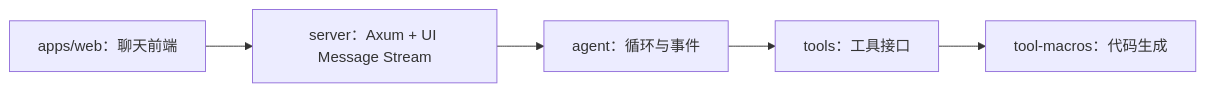
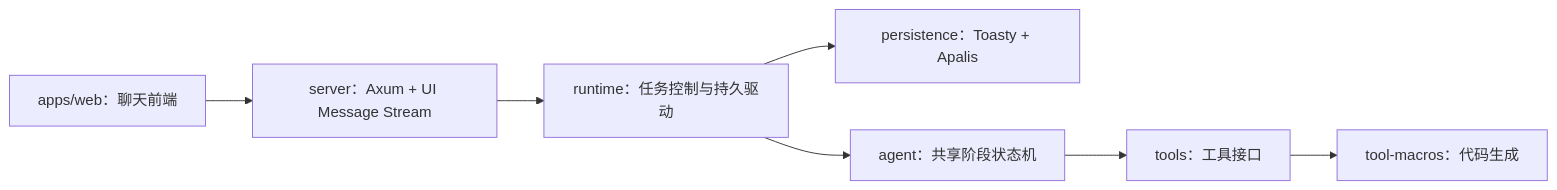
The diagram in README.md (yexiyue/comfy-agent), drawn with Mermaid before and after one commit. The commit also changed other lines of this file and 76 other files, not shown here.

````diff
--- a/README.md
+++ b/README.md
@@ -20,7 +22,9 @@
 ```mermaid
 flowchart LR
     Frontend["apps/web：聊天前端"] --> Backend["server：Axum + UI Message Stream"]
-    Backend --> Agent["agent：循环与事件"]
+    Backend --> Runtime["runtime：任务控制与持久驱动"]
+    Runtime --> Persistence["persistence：Toasty + Apalis"]
+    Runtime --> Agent["agent：共享阶段状态机"]
     Agent --> Tools["tools：工具接口"]
     Tools --> Macros["tool-macros：代码生成"]
 ```
````
